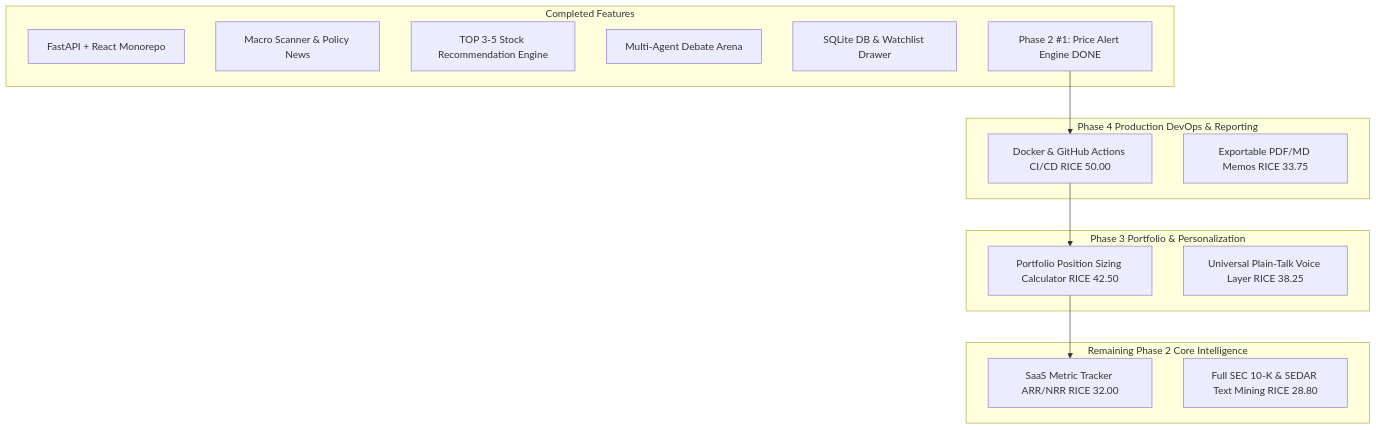
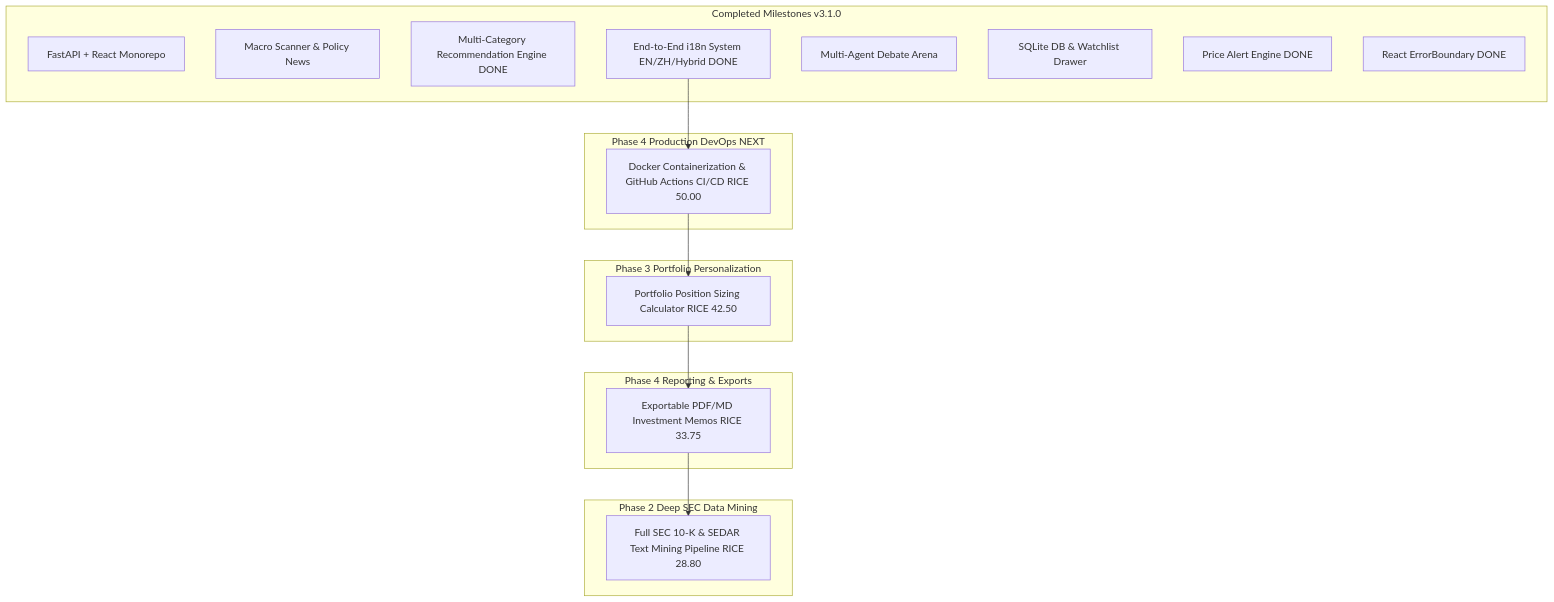
One commit to edzhangcan/ai-investment changed the diagram in remaining_backlog_rice.md. Above: the diagram before and after it, drawn with Mermaid. The commit also changed other lines of this file, not shown here.

Commit message:
docs: update remaining backlog and phase roadmap with RICE priorities for v3.1.0

````diff
--- a/remaining_backlog_rice.md
+++ b/remaining_backlog_rice.md
@@ -29,30 +30,34 @@
 ```mermaid
 graph TD
-    subgraph Completed Features
+    subgraph Completed Milestones v3.1.0
         F1[FastAPI + React Monorepo]
         F2[Macro Scanner & Policy News]
-        F3[TOP 3-5 Stock Recommendation Engine]
-        F4[Multi-Agent Debate Arena]
-        F5[SQLite DB & Watchlist Drawer]
-        F6[Phase 2 #1: Price Alert Engine DONE]
+        F3[Multi-Category Recommendation Engine DONE]
+        F4[End-to-End i18n System EN/ZH/Hybrid DONE]
+        F5[Multi-Agent Debate Arena]
+        F6[SQLite DB & Watchlist Drawer]
+        F7[Price Alert Engine DONE]
+        F8[React ErrorBoundary DONE]
     end
 
-    subgraph Remaining Phase 2 Core Intelligence
-        P2_2[SaaS Metric Tracker ARR/NRR RICE 32.00]
-        P2_3[Full SEC 10-K & SEDAR Text Mining RICE 28.80]
+    subgraph Phase 4 Production DevOps NEXT
+        P4_1[Docker Containerization & GitHub Actions CI/CD RICE 50.00]
     end
 
-    subgraph Phase 3 Portfolio & Personalization
+    subgraph Phase 3 Portfolio Personalization
         P3_1[Portfolio Position Sizing Calculator RICE 42.50]
-        P3_2[Universal Plain-Talk Voice Layer RICE 38.25]
     end
 
-    subgraph Phase 4 Production DevOps & Reporting
-        P4_1[Docker & GitHub Actions CI/CD RICE 50.00]
-        P4_2[Exportable PDF/MD Memos RICE 33.75]
+    subgraph Phase 4 Reporting & Exports
+        P4_2[Exportable PDF/MD Investment Memos RICE 33.75]
     end
 
-    F6 --> P4_1
+    subgraph Phase 2 Deep SEC Data Mining
+        P2_1[Full SEC 10-K & SEDAR Text Mining Pipeline RICE 28.80]
+    end
+
+    F4 --> P4_1
     P4_1 --> P3_1
-    P3_1 --> P2_2
+    P3_1 --> P4_2
+    P4_2 --> P2_1
 ```
````
